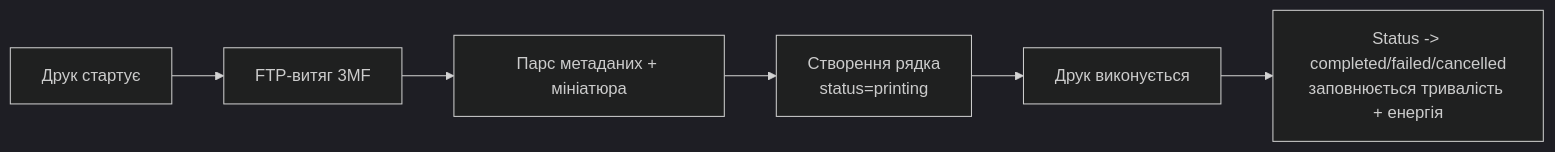
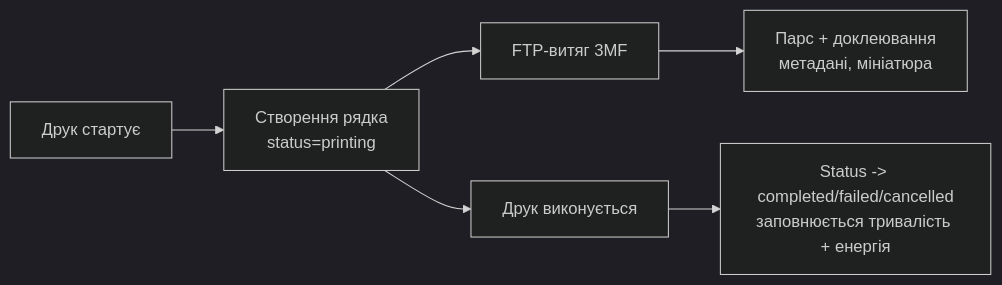
Before and after one commit to kainpl/docs.bamdude.top: the diagram in docs/features/archiving.uk.md, drawn with Mermaid (dark theme). The commit also changed other lines of this file and 5 other files, not shown here.

````diff
--- a/docs/features/archiving.uk.md
+++ b/docs/features/archiving.uk.md
@@ -16,8 +16,8 @@
 ```mermaid
 graph LR
-    A[Друк стартує] --> B[FTP-витяг 3MF]
-    B --> C[Парс метаданих + мініатюра]
-    C --> D[Створення рядка<br/>status=printing]
-    D --> E[Друк виконується]
+    A[Друк стартує] --> B[Створення рядка<br/>status=printing]
+    B --> C[FTP-витяг 3MF]
+    C --> D[Парс + доклеювання<br/>метадані, мініатюра]
+    B --> E[Друк виконується]
     E --> F[Status -> completed/failed/cancelled<br/>заповнюється тривалість + енергія]
 ```
````
